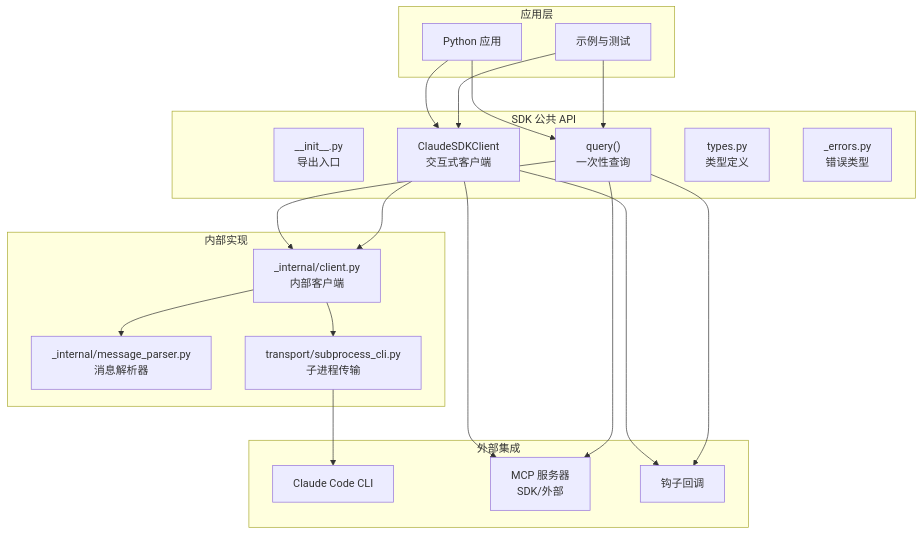
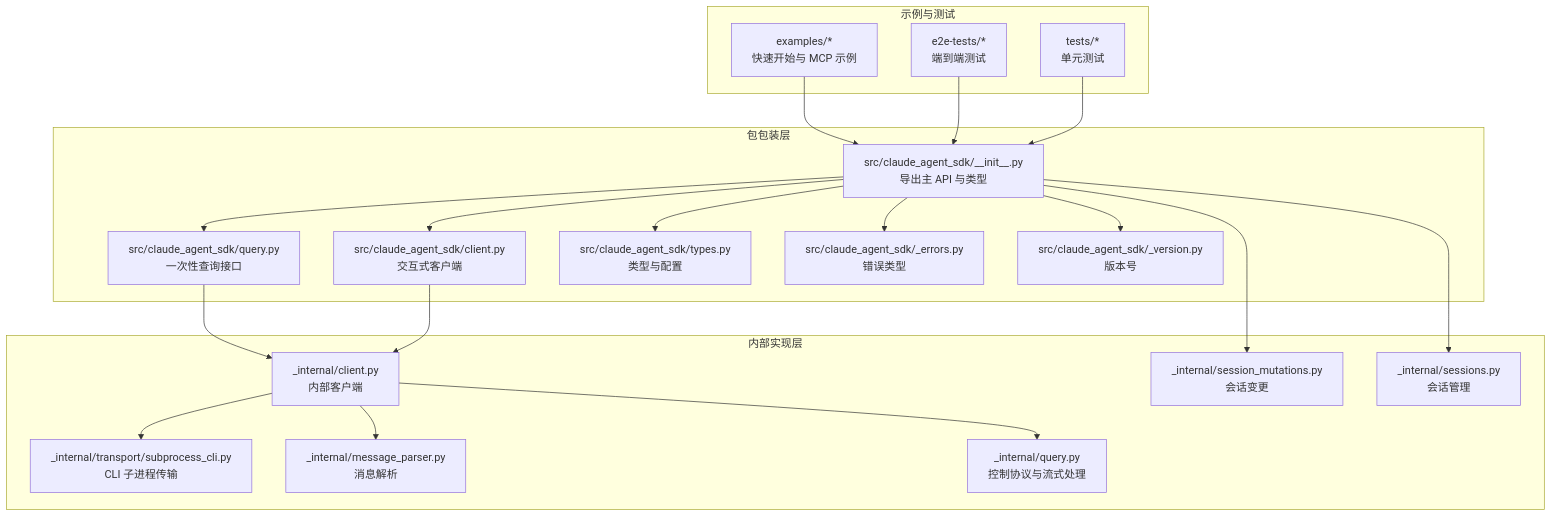
Before and after one commit to defulat-coder/claude-agent-sdk-python: the first of 8 diagrams in .qoder/repowiki/zh/content/项目概述.md, drawn with Mermaid. The commit also changed other lines of this file and 77 other files, not shown here.

````diff
--- a/.qoder/repowiki/zh/content/项目概述.md
+++ b/.qoder/repowiki/zh/content/项目概述.md
@@ -45,37 +50,39 @@
 ```mermaid
 graph TB
-subgraph "应用层"
-APP["Python 应用"]
-EX["示例与测试"]
+subgraph "包包装层"
+A["src/claude_agent_sdk/__init__.py<br/>导出主 API 与类型"]
+B["src/claude_agent_sdk/query.py<br/>一次性查询接口"]
+C["src/claude_agent_sdk/client.py<br/>交互式客户端"]
+D["src/claude_agent_sdk/types.py<br/>类型与配置"]
+E["src/claude_agent_sdk/_errors.py<br/>错误类型"]
+F["src/claude_agent_sdk/_version.py<br/>版本号"]
 end
-subgraph "SDK 公共 API"
-INIT["__init__.py<br/>导出入口"]
-QUERY["query()<br/>一次性查询"]
-CLIENT["ClaudeSDKClient<br/>交互式客户端"]
-TYPES["types.py<br/>类型定义"]
-ERRORS["_errors.py<br/>错误类型"]
+subgraph "内部实现层"
+G["_internal/client.py<br/>内部客户端"]
+H["_internal/transport/subprocess_cli.py<br/>CLI 子进程传输"]
+I["_internal/message_parser.py<br/>消息解析"]
+J["_internal/query.py<br/>控制协议与流式处理"]
+K["_internal/session_mutations.py<br/>会话变更"]
+L["_internal/sessions.py<br/>会话管理"]
 end
-subgraph "内部实现"
-INT_CLIENT["_internal/client.py<br/>内部客户端"]
-MSG_PARSER["_internal/message_parser.py<br/>消息解析器"]
-TRANS["transport/subprocess_cli.py<br/>子进程传输"]
+subgraph "示例与测试"
+M["examples/*<br/>快速开始与 MCP 示例"]
+N["e2e-tests/*<br/>端到端测试"]
+O["tests/*<br/>单元测试"]
 end
-subgraph "外部集成"
-CLI["Claude Code CLI"]
-MCP["MCP 服务器<br/>SDK/外部"]
-HOOKS["钩子回调"]
-end
-APP --> QUERY
-APP --> CLIENT
-EX --> QUERY
-EX --> CLIENT
-QUERY --> INT_CLIENT
-CLIENT --> INT_CLIENT
-INT_CLIENT --> TRANS
-INT_CLIENT --> MSG_PARSER
-TRANS --> CLI
-CLIENT --> MCP
-CLIENT --> HOOKS
-QUERY --> MCP
-QUERY --> HOOKS
+A --> B
+A --> C
+A --> D
+A --> E
+A --> F
+B --> G
+C --> G
+G --> H
+G --> I
+G --> J
+A --> K
+A --> L
+M --> A
+N --> A
+O --> A
 ```
````
